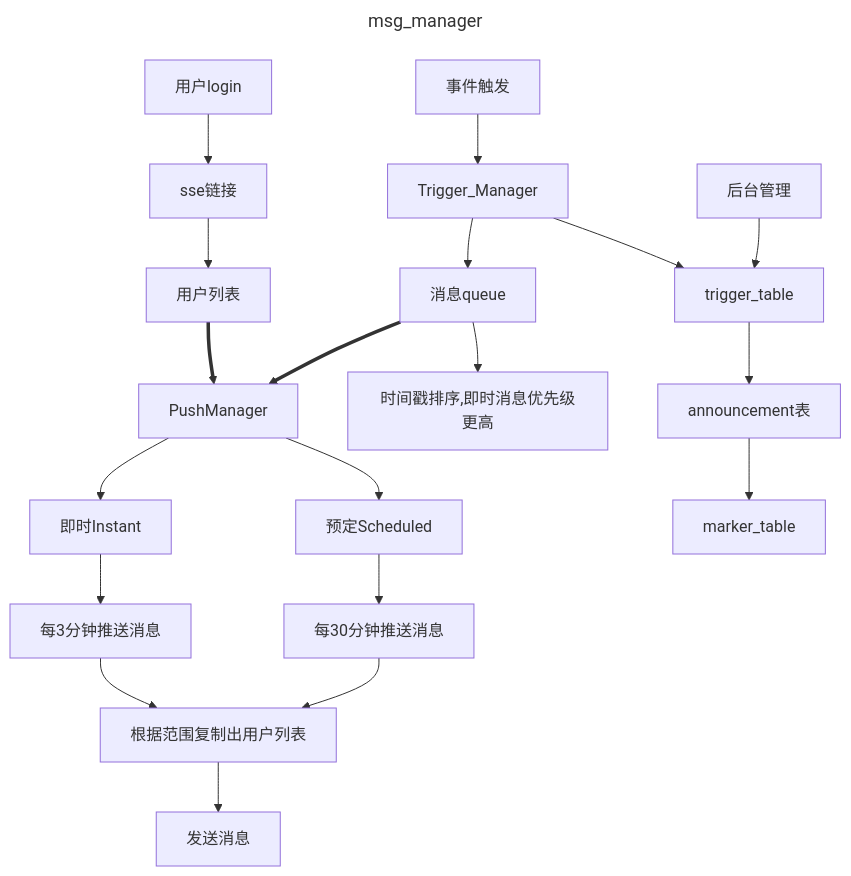
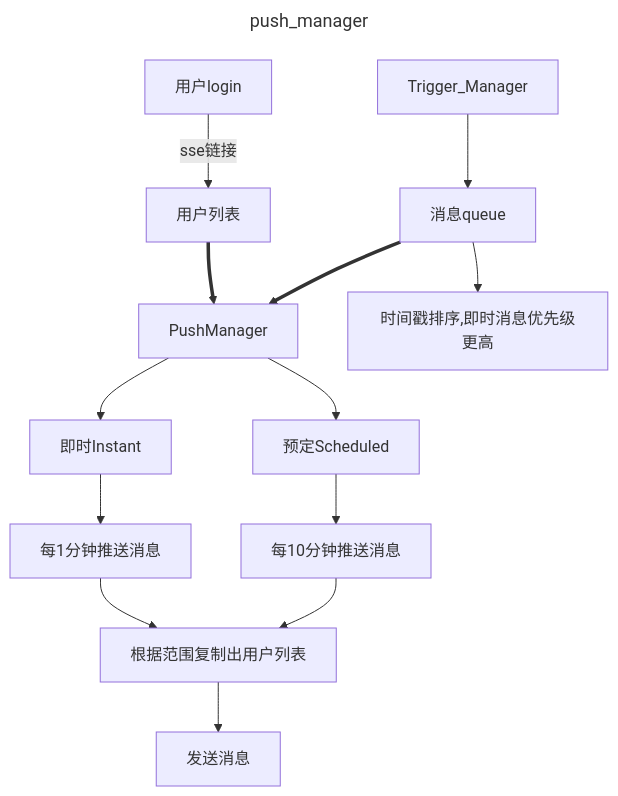
Before and after one commit to redeyehare/framework: the fourth of 6 diagrams in docment/开发记录.md, drawn with Mermaid. The commit also changed other lines of this file, not shown here.

````diff
--- a/docment/开发记录.md
+++ b/docment/开发记录.md
@@ -144,20 +187,14 @@
 ```mermaid
 ---
-title: msg_manager
+title: push_manager
 ---
 graph TD
 
-用户login-->sse链接-->用户列表==>PushManager
+用户login--sse链接-->用户列表==>PushManager
 
-
-事件触发-->Trigger_Manager-->消息queue==>PushManager
+Trigger_Manager-->消息queue==>PushManager
 消息queue-->时间戳排序,即时消息优先级更高
-PushManager-->即时Instant-->每3分钟推送消息-->根据范围复制出用户列表
-PushManager-->预定Scheduled-->每30分钟推送消息-->根据范围复制出用户列表--> 发送消息
-
-
-Trigger_Manager-->trigger_table-->announcement表-->marker_table
-
-后台管理-->trigger_table
+PushManager-->即时Instant-->每1分钟推送消息-->根据范围复制出用户列表
+PushManager-->预定Scheduled-->每10分钟推送消息-->根据范围复制出用户列表--> 发送消息
 
 ```
````
